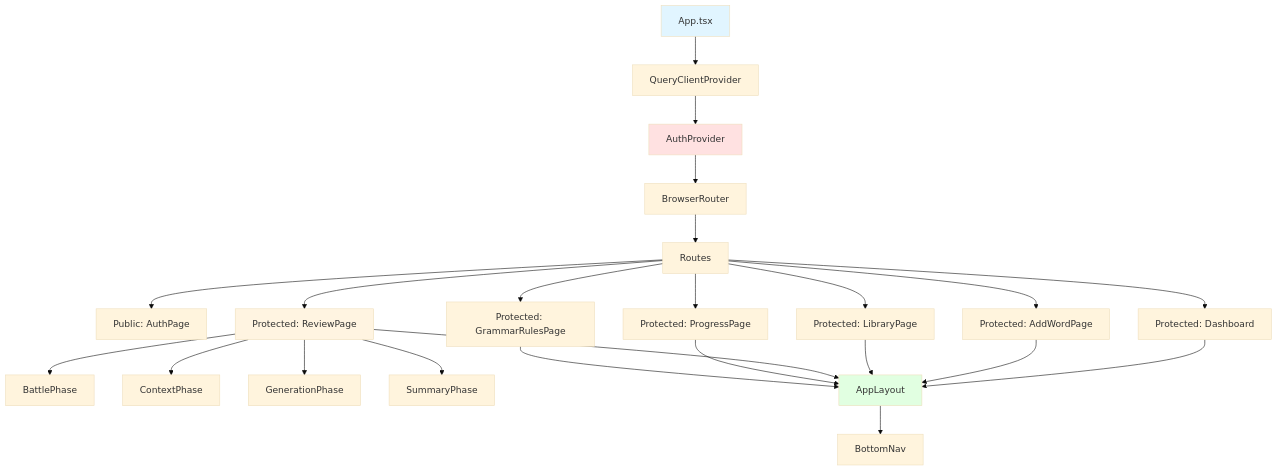
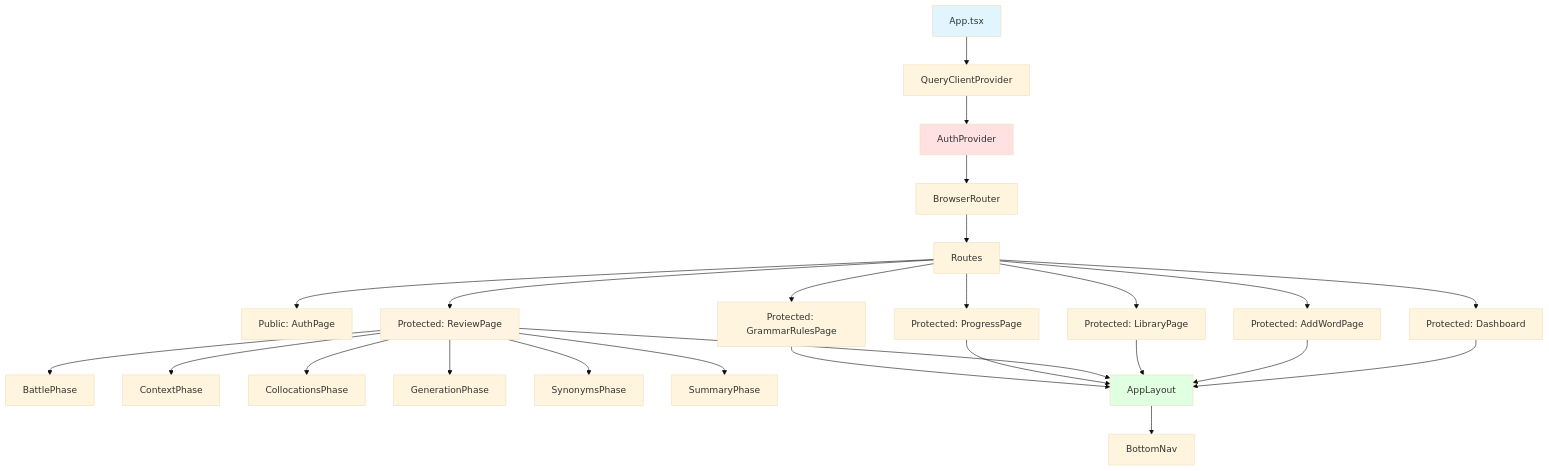
The sixth of 6 diagrams in README.md (MirazZim/LexCore), drawn with Mermaid (base theme) before and after one commit. The commit also changed other lines of this file and 1 other file, not shown here.

````diff
--- a/README.md
+++ b/README.md
@@ -303,34 +312,36 @@
 ```mermaid
 graph TD
     App[App.tsx] --> QueryProvider[QueryClientProvider]
     QueryProvider --> AuthProvider[AuthProvider]
     AuthProvider --> Router[BrowserRouter]
     Router --> Routes[Routes]
 
     Routes --> Public[Public: AuthPage]
     Routes --> Protected1[Protected: Dashboard]
     Routes --> Protected2[Protected: AddWordPage]
     Routes --> Protected3[Protected: LibraryPage]
     Routes --> Protected4[Protected: ReviewPage]
     Routes --> Protected5[Protected: ProgressPage]
     Routes --> Protected6[Protected: GrammarRulesPage]
 
     Protected4 --> BattlePhase[BattlePhase]
     Protected4 --> ContextPhase[ContextPhase]
+    Protected4 --> CollocationsPhase[CollocationsPhase]
     Protected4 --> GenerationPhase[GenerationPhase]
+    Protected4 --> SynonymsPhase[SynonymsPhase]
     Protected4 --> SummaryPhase[SummaryPhase]
 
     Protected1 --> AppLayout[AppLayout]
     Protected2 --> AppLayout
     Protected3 --> AppLayout
     Protected4 --> AppLayout
     Protected5 --> AppLayout
     Protected6 --> AppLayout
 
     AppLayout --> BottomNav[BottomNav]
 
     style App fill:#e1f5ff
     style AuthProvider fill:#ffe1e1
     style Protected4 fill:#fff4e1
     style AppLayout fill:#e1ffe1
 ```
````
